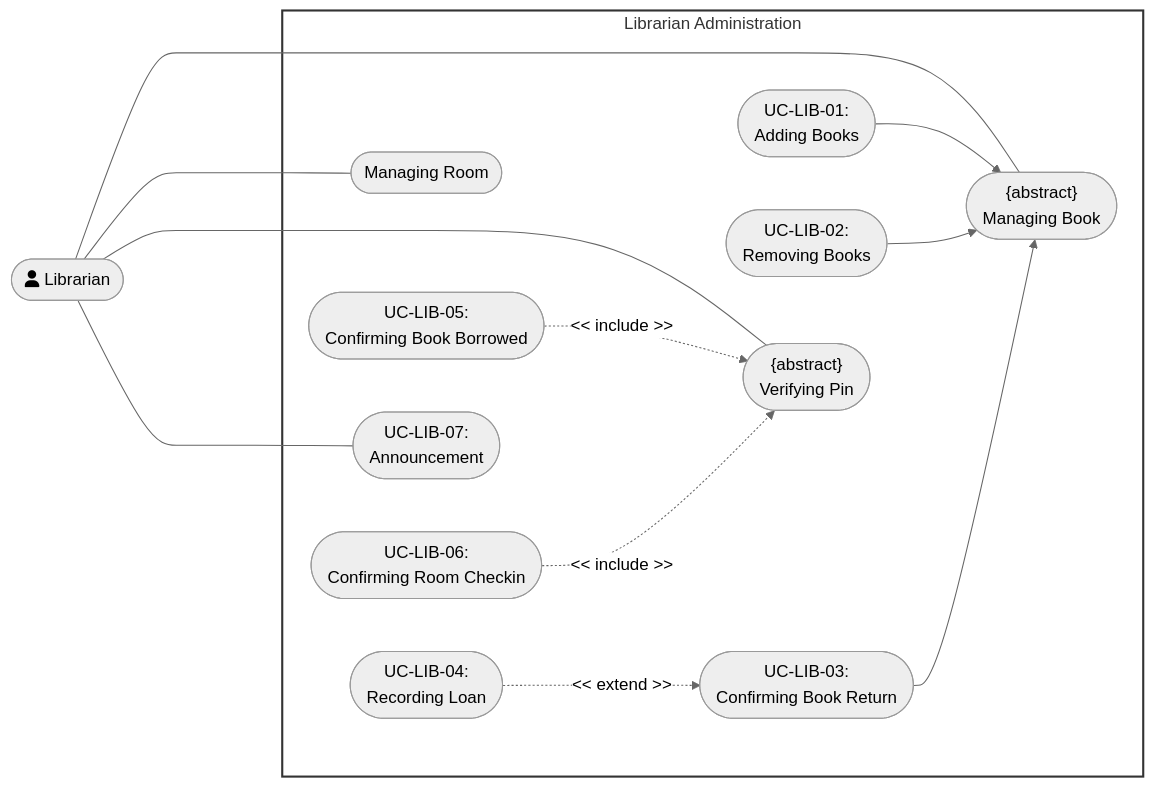
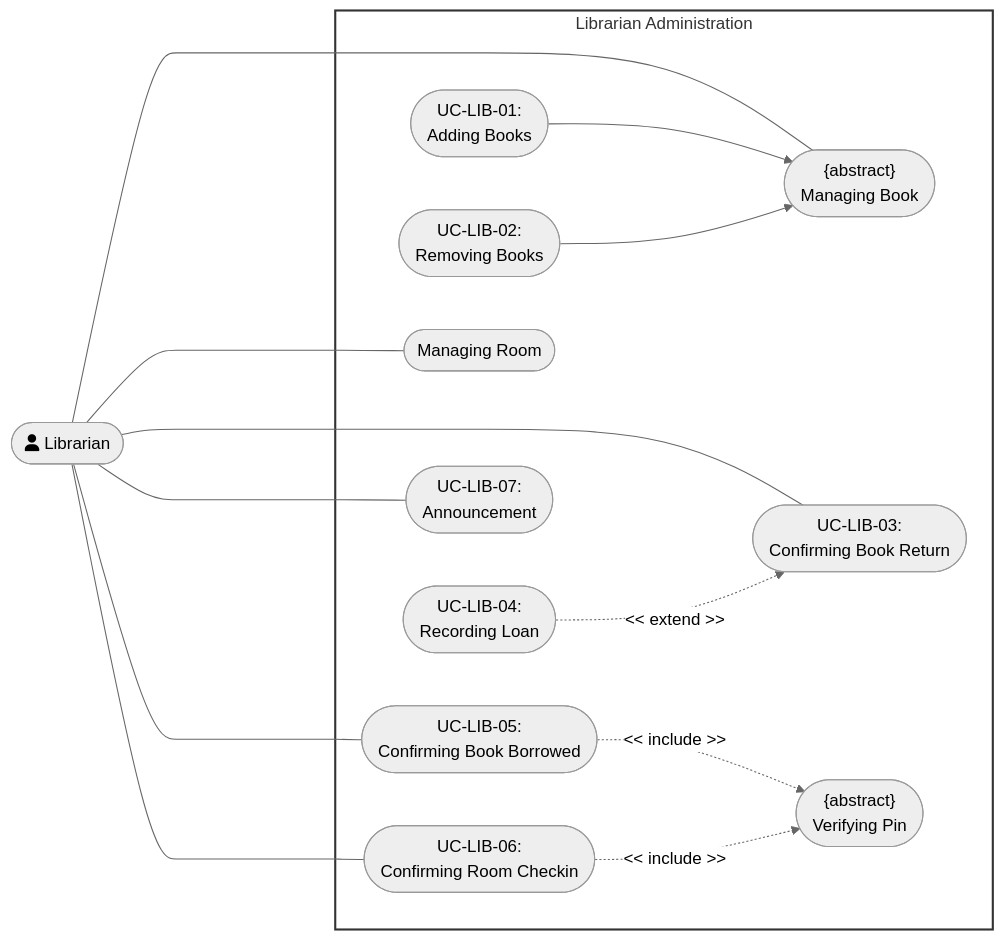
The eighth of 9 diagrams in docs/management/PA3/Use-CaseSpecification.md (DuyNhat1705/AmeThyst-Library), drawn with Mermaid (neutral theme) before and after one commit. The commit also changed other lines of this file and 4 other files, not shown here.

````diff
--- a/docs/management/PA3/Use-CaseSpecification.md
+++ b/docs/management/PA3/Use-CaseSpecification.md
@@ -4066,29 +4058,27 @@
 ```mermaid
 flowchart LR
  subgraph LibrarianAdministration["Librarian Administration"]
         UC1(["<center>{abstract}<br>Managing Book</center>"])
         UC2(["<center>UC-LIB-01:<br>Adding Books</center>"])
         UC3(["<center>UC-LIB-02:<br>Removing Books</center>"])
         UC4(["<center>UC-LIB-03:<br>Confirming Book Return</center>"])
         UC5(["<center>UC-LIB-04:<br>Recording Loan</center>"])
         UC6(["<center>Managing Room</center>"])
         UC7(["<center>{abstract}<br>Verifying Pin</center>"])
         UC8(["<center>UC-LIB-05:<br>Confirming Book Borrowed</center>"])
         UC9(["<center>UC-LIB-06:<br>Confirming Room Checkin</center>"])
         UC10(["<center>UC-LIB-07:<br>Announcement</center>"])
   end
     Librarian(["<center>fa:fa-user Librarian</center>"]) ======= LibrarianAdministration
-    Librarian --- UC1 & UC6 & UC7 & UC10
+    Librarian --- UC1 & UC6 & UC10 & UC8 & UC9 & UC4
     
     UC2 --> UC1
     UC3 --> UC1
-    UC4 --> UC1
-    
-    %% Fixed: Changed from generalization (-->) to <<include>>
+
     UC8 -. "<< include >>" .-> UC7
     UC9 -. "<< include >>" .-> UC7
     UC5 -. "<< extend >>" .-> UC4
 
     style LibrarianAdministration fill:#fff,stroke:#333,stroke-width:2px
     linkStyle 0 stroke:transparent
 ```
````
